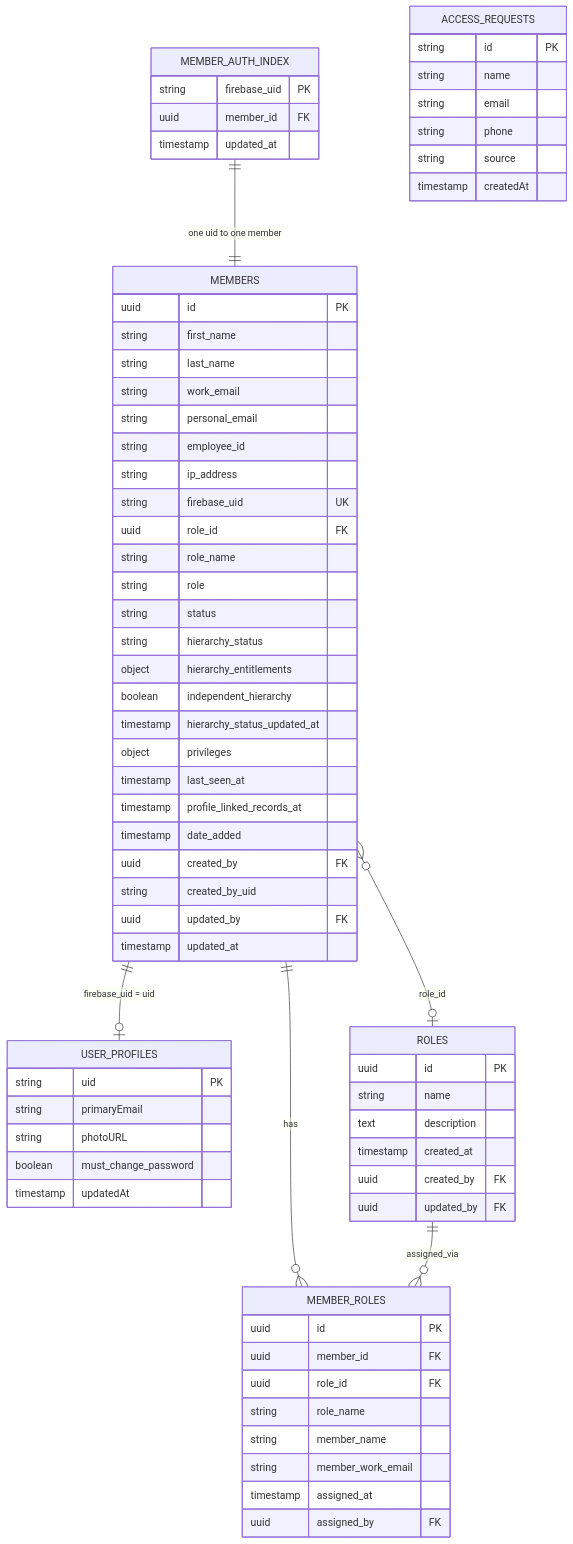
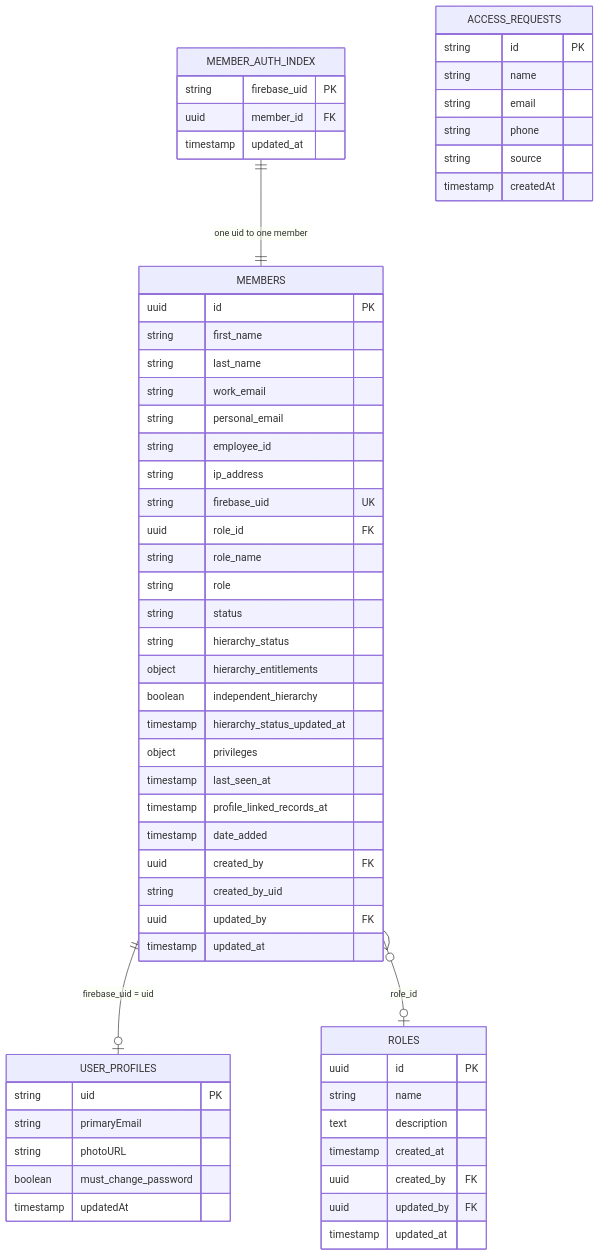
The second of 10 diagrams in Dashboard-Backend/entity-diagram.md (Mohammed-HeshamMohammed/Virtual-Tracker), drawn with Mermaid before and after one commit. The commit also changed other lines of this file, not shown here.

First line of the commit message:
docs(dashboard-backend): update entity-diagram for Postgres lookups and current routes

````diff
--- a/Dashboard-Backend/entity-diagram.md
+++ b/Dashboard-Backend/entity-diagram.md
@@ -133,80 +165,68 @@
 ```mermaid
 erDiagram
     direction TB
 
   MEMBERS {
     uuid id PK
     string first_name
     string last_name
     string work_email
     string personal_email
     string employee_id
     string ip_address
     string firebase_uid UK
     uuid role_id FK
     string role_name
     string role
     string status
     string hierarchy_status
     object hierarchy_entitlements
     boolean independent_hierarchy
     timestamp hierarchy_status_updated_at
     object privileges
     timestamp last_seen_at
     timestamp profile_linked_records_at
     timestamp date_added
     uuid created_by FK
     string created_by_uid
     uuid updated_by FK
     timestamp updated_at
   }
 
   USER_PROFILES {
     string uid PK
     string primaryEmail
     string photoURL
     boolean must_change_password
     timestamp updatedAt
   }
 
   MEMBER_AUTH_INDEX {
     string firebase_uid PK
     uuid member_id FK
     timestamp updated_at
   }
 
   ROLES {
     uuid id PK
     string name
     text description
     timestamp created_at
     uuid created_by FK
     uuid updated_by FK
-  }
-
-  MEMBER_ROLES {
-    uuid id PK
-    uuid member_id FK
-    uuid role_id FK
-    string role_name
-    string member_name
-    string member_work_email
-    timestamp assigned_at
-    uuid assigned_by FK
+    timestamp updated_at
   }
 
   ACCESS_REQUESTS {
     string id PK
     string name
     string email
     string phone
     string source
     timestamp createdAt
   }
 
   MEMBERS ||--o| USER_PROFILES : "firebase_uid = uid"
   MEMBER_AUTH_INDEX ||--|| MEMBERS : "one uid to one member"
   MEMBERS }o--o| ROLES : "role_id"
-  MEMBERS ||--o{ MEMBER_ROLES : has
-  ROLES ||--o{ MEMBER_ROLES : assigned_via
 ```
````
